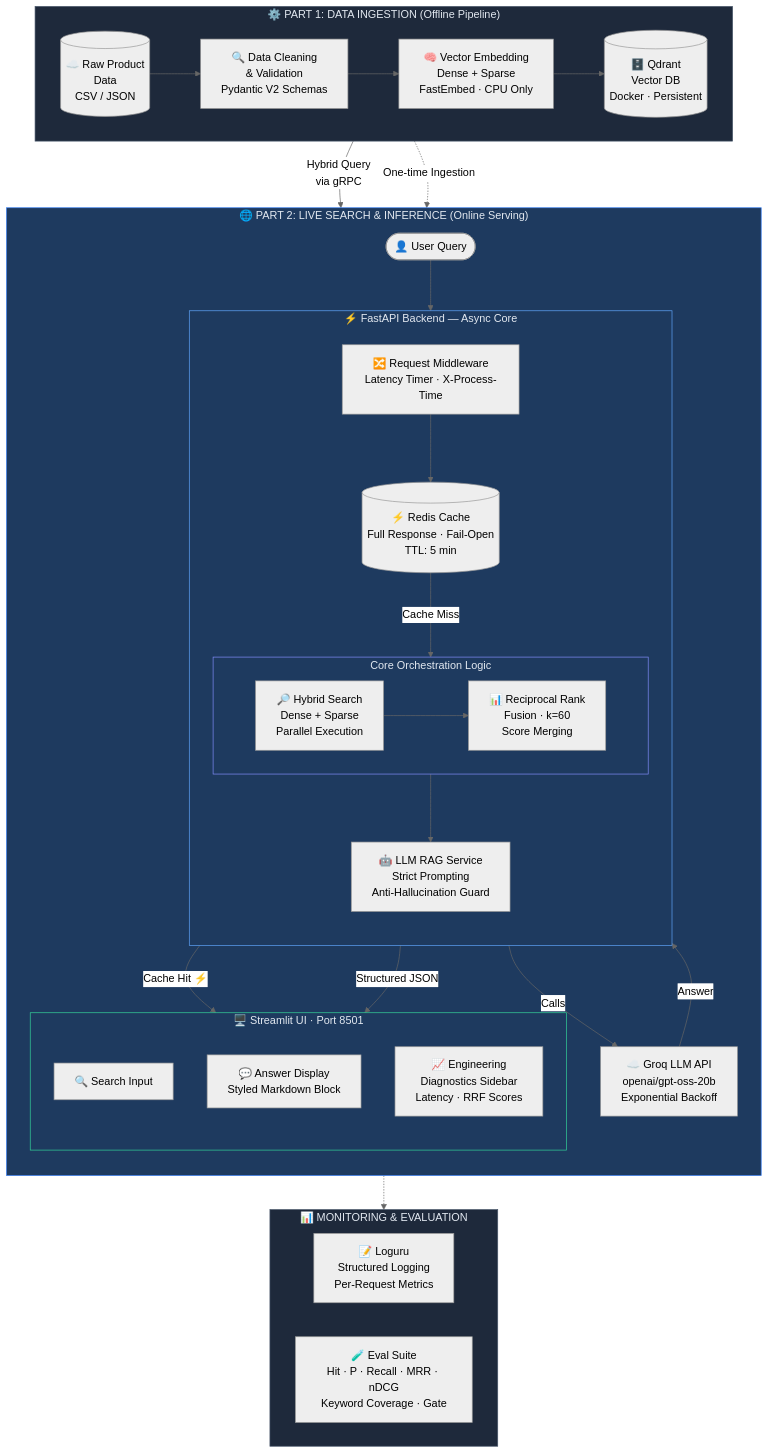
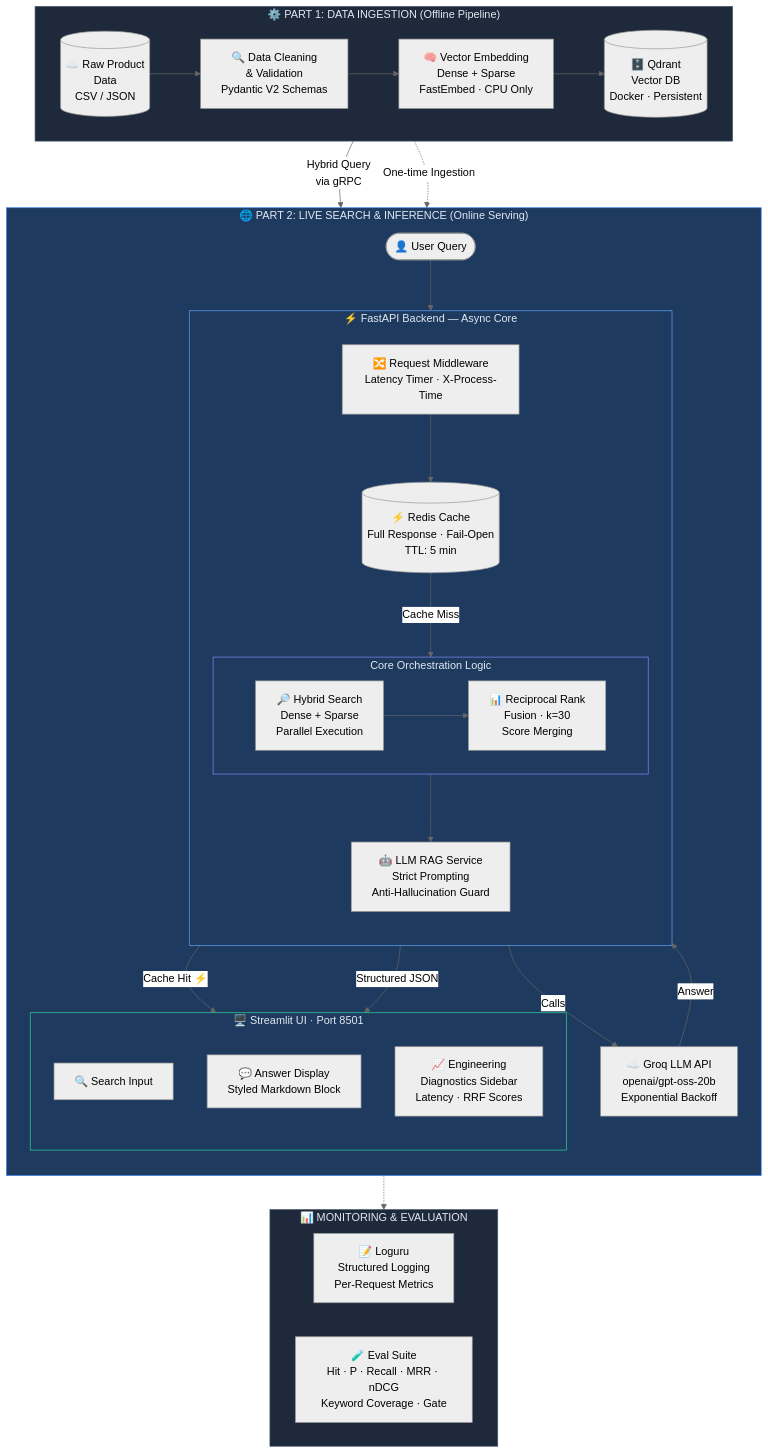
Before and after one commit to tarun-rai21/ecommerce-rag-engine: the diagram in README.md, drawn with Mermaid (neutral theme). The commit also changed other lines of this file and 20 other files, not shown here.

````diff
--- a/README.md
+++ b/README.md
@@ -20,65 +27,65 @@
 ```mermaid
 flowchart TB
     subgraph OFFLINE["⚙️ PART 1: DATA INGESTION (Offline Pipeline)"]
         direction LR
         A[("☁️ Raw Product\nData\nCSV / JSON")]
         B["🔍 Data Cleaning\n& Validation\nPydantic V2 Schemas"]
         C["🧠 Vector Embedding\nDense + Sparse\nFastEmbed · CPU Only"]
         D[("🗄️ Qdrant\nVector DB\nDocker · Persistent")]
         A --> B --> C --> D
     end
 
     subgraph ONLINE["🌐 PART 2: LIVE SEARCH & INFERENCE (Online Serving)"]
         direction TB
         U(["👤 User Query"])
 
         subgraph FASTAPI["⚡ FastAPI Backend — Async Core"]
             direction TB
             MW["🔀 Request Middleware\nLatency Timer · X-Process-Time"]
             CACHE[("⚡ Redis Cache\nFull Response · Fail-Open\nTTL: 5 min")]
             subgraph CORE["Core Orchestration Logic"]
                 direction LR
                 HS["🔎 Hybrid Search\nDense + Sparse\nParallel Execution"]
-                RRF["📊 Reciprocal Rank\nFusion · k=60\nScore Merging"]
+                RRF["📊 Reciprocal Rank\nFusion · k=30\nScore Merging"]
                 HS --> RRF
             end
             LLM["🤖 LLM RAG Service\nStrict Prompting\nAnti-Hallucination Guard"]
             MW --> CACHE
             CACHE -->|"Cache Miss"| CORE
             CORE --> LLM
         end
 
         subgraph UI["🖥️ Streamlit UI · Port 8501"]
             direction TB
             SI["🔍 Search Input"]
             AD["💬 Answer Display\nStyled Markdown Block"]
             ED["📈 Engineering\nDiagnostics Sidebar\nLatency · RRF Scores"]
         end
 
         EXT["☁️ Groq LLM API\nopenai/gpt-oss-20b\nExponential Backoff"]
 
         U --> MW
         CACHE -->|"Cache Hit ⚡"| UI
         LLM -->|"Calls"| EXT
         EXT -->|"Answer"| LLM
         LLM -->|"Structured JSON"| UI
         SI & AD & ED
     end
 
     subgraph EVAL["📊 MONITORING & EVALUATION"]
         direction LR
         LOG["📝 Loguru\nStructured Logging\nPer-Request Metrics"]
         EVL["🧪 Eval Suite\nHit · P · Recall · MRR · nDCG\nKeyword Coverage · Gate"]
     end
 
     D -->|"Hybrid Query\nvia gRPC"| CORE
     OFFLINE -.->|"One-time Ingestion"| ONLINE
     ONLINE -.-> EVAL
 
     style OFFLINE fill:#1e293b,stroke:#475569,color:#e2e8f0
     style ONLINE fill:#1e3a5f,stroke:#3b82f6,color:#e2e8f0
     style FASTAPI fill:#1e3a5f,stroke:#60a5fa,color:#e2e8f0
     style CORE fill:#1e3a5f,stroke:#818cf8,color:#e2e8f0
     style UI fill:#1e3a5f,stroke:#34d399,color:#e2e8f0
     style EVAL fill:#1e293b,stroke:#475569,color:#e2e8f0
 ```
````
